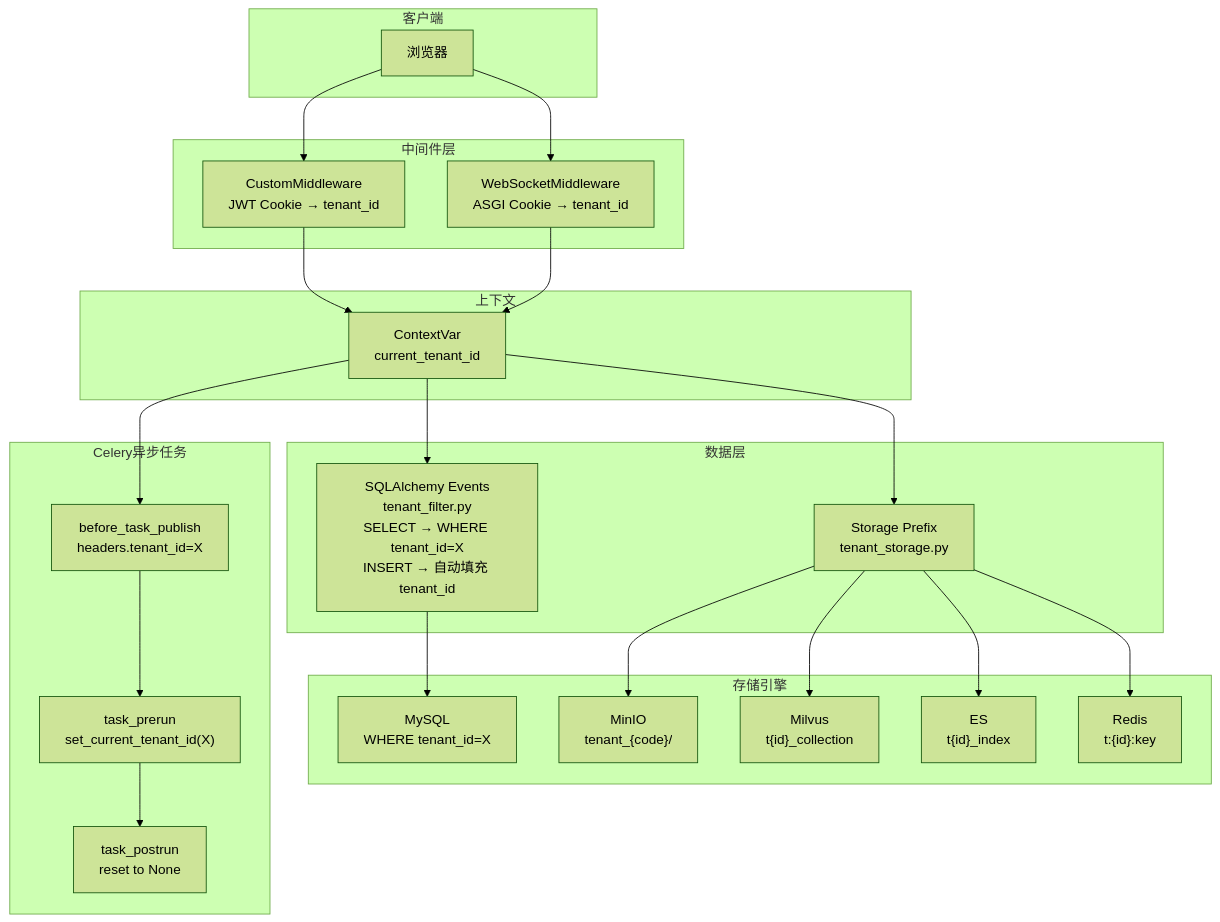
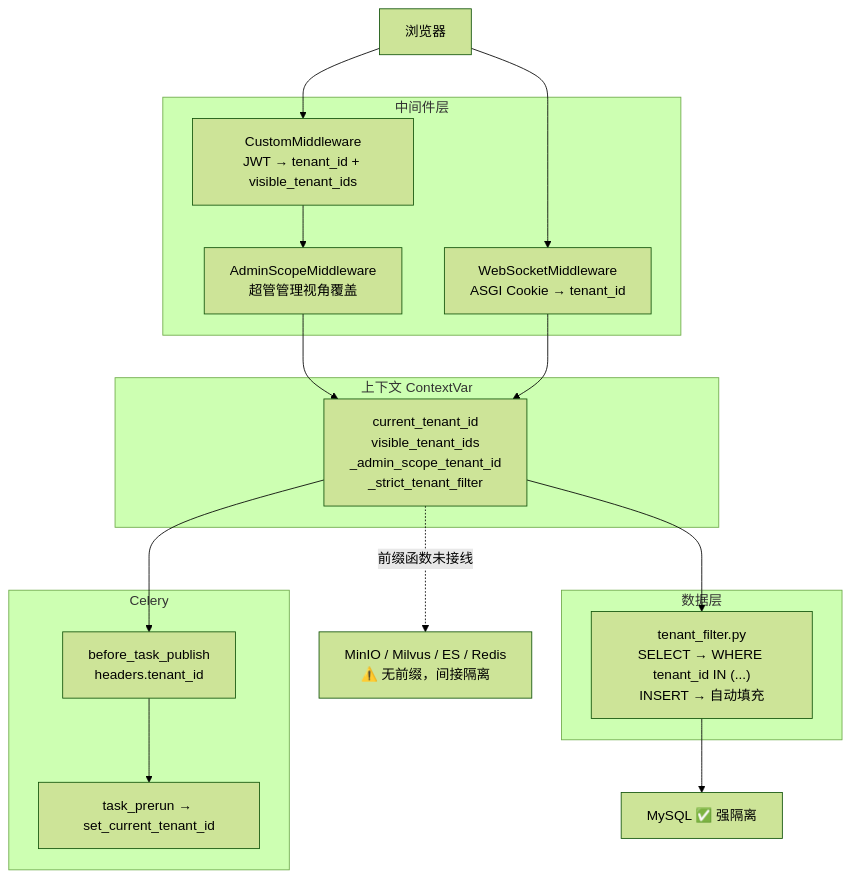
One commit to dataelement/bisheng changed the diagram in docs/architecture/12-multi-tenant.md. Above: the diagram before and after it, drawn with Mermaid (forest theme). The commit also changed other lines of this file and 8 other files, not shown here.

````diff
--- a/docs/architecture/12-multi-tenant.md
+++ b/docs/architecture/12-multi-tenant.md
@@ -17,48 +31,32 @@
 ```mermaid
 flowchart TB
-    subgraph 客户端
-        Browser["浏览器"]
-    end
+    Browser["浏览器"]
 
     subgraph 中间件层
-        HTTP["CustomMiddleware<br/>JWT Cookie → tenant_id"]
+        HTTP["CustomMiddleware<br/>JWT → tenant_id + visible_tenant_ids"]
+        SCOPE["AdminScopeMiddleware<br/>超管管理视角覆盖"]
         WS["WebSocketMiddleware<br/>ASGI Cookie → tenant_id"]
     end
 
-    subgraph 上下文
-        CV["ContextVar<br/>current_tenant_id"]
+    subgraph 上下文 ContextVar
+        CV["current_tenant_id<br/>visible_tenant_ids<br/>_admin_scope_tenant_id<br/>_strict_tenant_filter"]
     end
 
     subgraph 数据层
-        SQLFilter["SQLAlchemy Events<br/>tenant_filter.py<br/>SELECT → WHERE tenant_id=X<br/>INSERT → 自动填充 tenant_id"]
-        StoragePrefix["Storage Prefix<br/>tenant_storage.py"]
+        SQLFilter["tenant_filter.py<br/>SELECT → WHERE tenant_id IN (...)<br/>INSERT → 自动填充"]
     end
 
-    subgraph 存储引擎
-        MySQL["MySQL<br/>WHERE tenant_id=X"]
-        MinIO["MinIO<br/>tenant_{code}/"]
-        Milvus["Milvus<br/>t{id}_collection"]
-        ES["ES<br/>t{id}_index"]
-        Redis["Redis<br/>t:{id}:key"]
+    MySQL["MySQL ✅ 强隔离"]
+    Other["MinIO / Milvus / ES / Redis<br/>⚠️ 无前缀，间接隔离"]
+
+    subgraph Celery
+        Publish["before_task_publish<br/>headers.tenant_id"]
+        PreRun["task_prerun → set_current_tenant_id"]
     end
 
-    subgraph Celery异步任务
-        Publish["before_task_publish<br/>headers.tenant_id=X"]
-        PreRun["task_prerun<br/>set_current_tenant_id(X)"]
-        PostRun["task_postrun<br/>reset to None"]
-    end
-
-    Browser --> HTTP
-    Browser --> WS
-    HTTP --> CV
-    WS --> CV
-    CV --> SQLFilter
-    CV --> StoragePrefix
-    CV --> Publish
-    SQLFilter --> MySQL
-    StoragePrefix --> MinIO
-    StoragePrefix --> Milvus
-    StoragePrefix --> ES
-    StoragePrefix --> Redis
-    Publish --> PreRun --> PostRun
+    Browser --> HTTP --> SCOPE --> CV
+    Browser --> WS --> CV
+    CV --> SQLFilter --> MySQL
+    CV -.前缀函数未接线.-> Other
+    CV --> Publish --> PreRun
 ```
````
